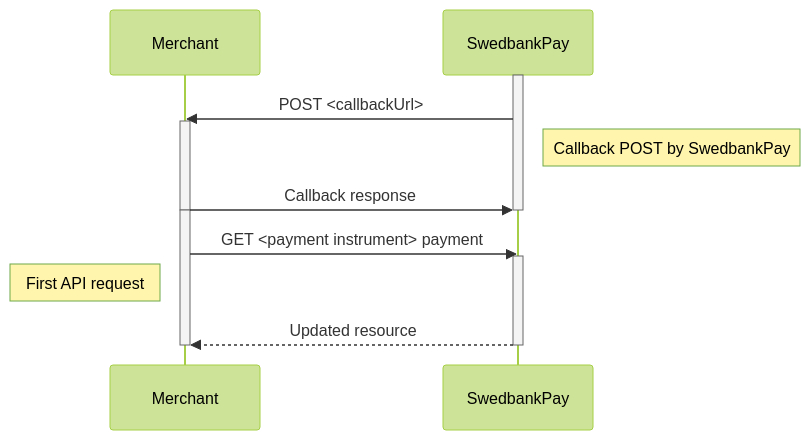
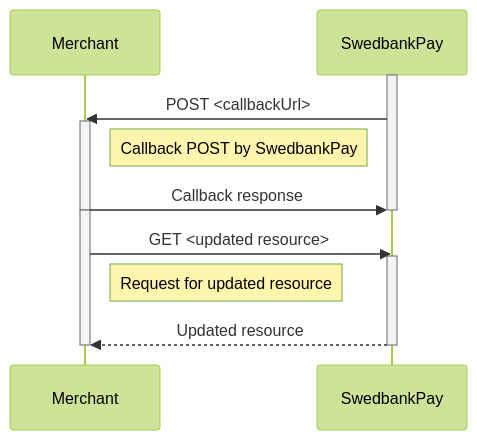
Before and after one commit to SwedbankPay/developer.swedbankpay.com: the diagram in index.md, drawn with Mermaid (forest theme). The commit also changed other lines of this file, not shown here.

````diff
--- a/index.md
+++ b/index.md
@@ -263,21 +263,21 @@
 ```mermaid
 sequenceDiagram
     participant Merchant
     participant SwedbankPay
 
     activate SwedbankPay
       SwedbankPay->>Merchant: POST <callbackUrl>
       activate Merchant
-        Note right of SwedbankPay: Callback POST by SwedbankPay
+        Note left of SwedbankPay: Callback POST by SwedbankPay
         Merchant->>SwedbankPay: Callback response
       deactivate Merchant
     deactivate SwedbankPay
 
     activate Merchant
-      Merchant->>SwedbankPay: GET <payment instrument> payment
+      Merchant->>SwedbankPay: GET <updated resource>
       activate SwedbankPay
-        Note left of Merchant: First API request
+        Note right of Merchant: Request for updated resource
         SwedbankPay-->>Merchant: Updated resource
       deactivate SwedbankPay
     deactivate Merchant
 ```
````
